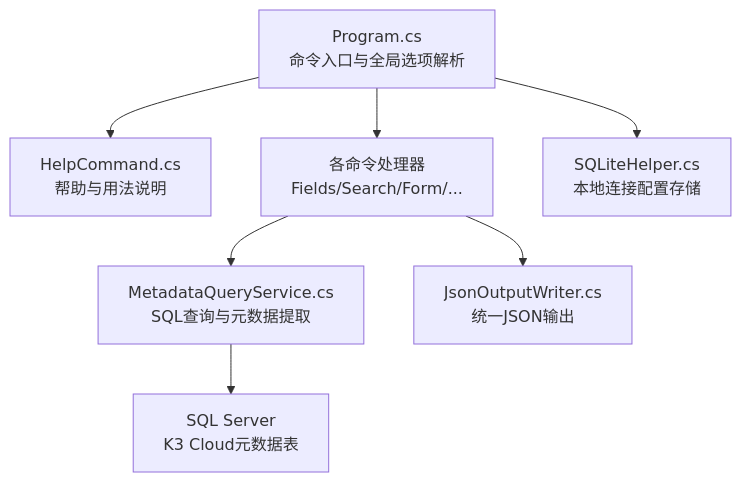
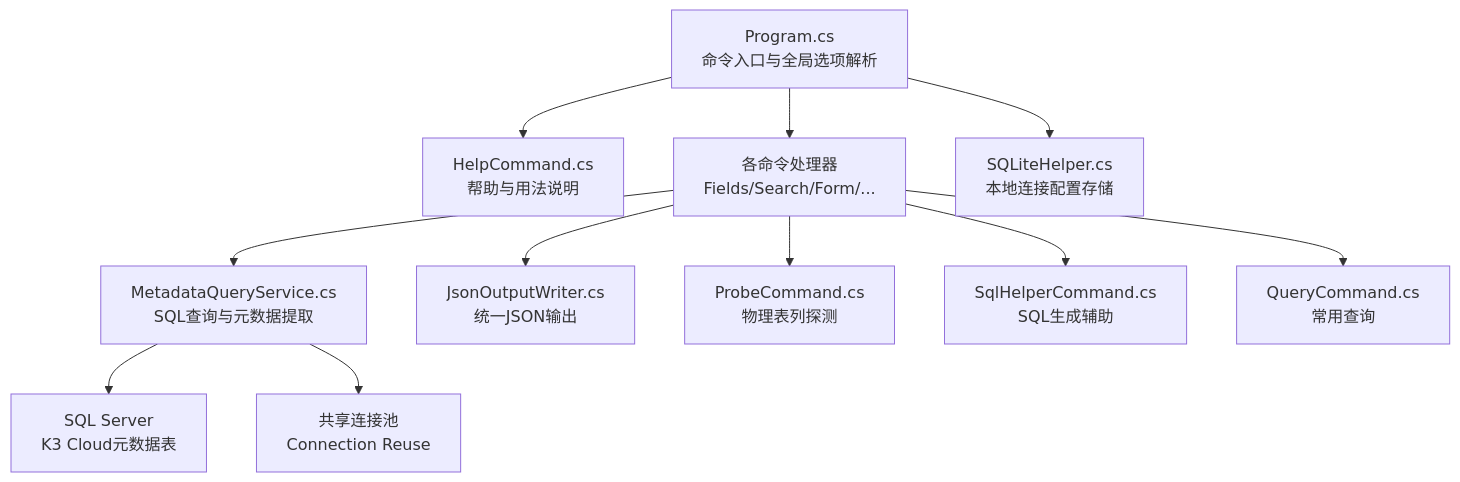
The first of 7 diagrams in .qoder/repowiki/zh/content/命令行工具/使用示例与最佳实践.md (15980282969/K3CloudDataDictionary), drawn with Mermaid before and after one commit. The commit also changed other lines of this file and 1 other file, not shown here.

````diff
--- a/.qoder/repowiki/zh/content/命令行工具/使用示例与最佳实践.md
+++ b/.qoder/repowiki/zh/content/命令行工具/使用示例与最佳实践.md
@@ -43,9 +55,13 @@
 ```mermaid
 graph TB
 A["Program.cs<br/>命令入口与全局选项解析"] --> B["HelpCommand.cs<br/>帮助与用法说明"]
 A --> C["各命令处理器<br/>Fields/Search/Form/..."]
 C --> D["MetadataQueryService.cs<br/>SQL查询与元数据提取"]
 D --> E["SQL Server<br/>K3 Cloud元数据表"]
 C --> F["JsonOutputWriter.cs<br/>统一JSON输出"]
 A --> G["SQLiteHelper.cs<br/>本地连接配置存储"]
+C --> H["ProbeCommand.cs<br/>物理表列探测"]
+C --> I["SqlHelperCommand.cs<br/>SQL生成辅助"]
+C --> J["QueryCommand.cs<br/>常用查询"]
+D --> K["共享连接池<br/>Connection Reuse"]
 ```
````
